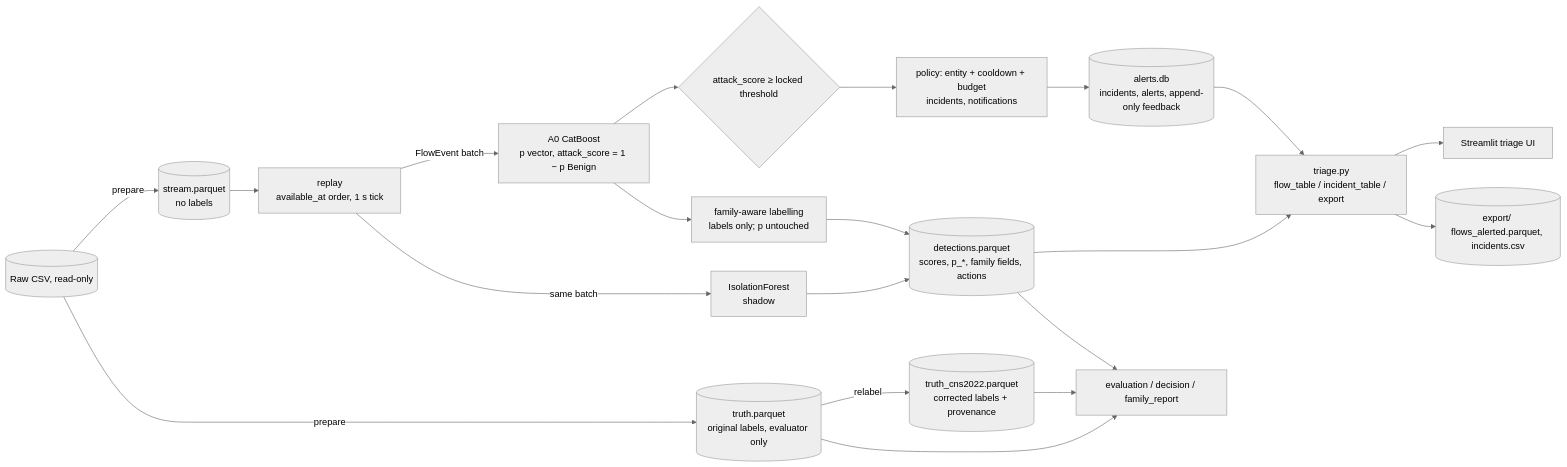
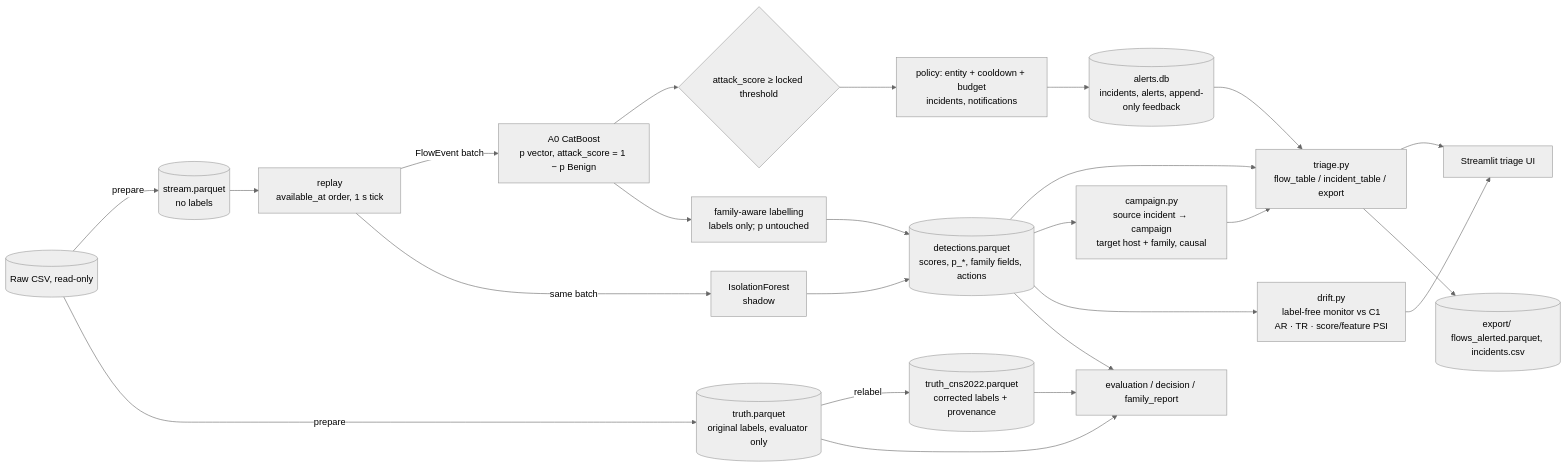
Before and after one commit to Akapi895/Netirava: the diagram in docs/ARCHITECTURE.md, drawn with Mermaid (neutral theme). The commit also changed other lines of this file and 12 other files, not shown here.

First line of the commit message:
Ops study: holdout H5-H9 results, GO decisions applied (campaign NO-GO -> experimental view; drift monitor indicator only; D1 = pilot_cns/s0)

````diff
--- a/docs/ARCHITECTURE.md
+++ b/docs/ARCHITECTURE.md
@@ -8,22 +8,26 @@
 ```mermaid
 flowchart LR
   CSV[(Raw CSV, read-only)] -->|prepare| S[(stream.parquet<br/>no labels)]
   CSV -->|prepare| T[(truth.parquet<br/>original labels, evaluator only)]
   T -->|relabel| TC[(truth_cns2022.parquet<br/>corrected labels + provenance)]
   S --> R[replay<br/>available_at order, 1 s tick]
   R -->|FlowEvent batch| A0[A0 CatBoost<br/>p vector, attack_score = 1 − p Benign]
   R -->|same batch| AN[IsolationForest<br/>shadow]
   A0 --> B{attack_score ≥ locked threshold}
   A0 --> FA[family-aware labelling<br/>labels only; p untouched]
   B --> P[policy: entity + cooldown + budget<br/>incidents, notifications]
   FA --> D[(detections.parquet<br/>scores, p_*, family fields, actions)]
   P --> DB[(alerts.db<br/>incidents, alerts, append-only feedback)]
   AN --> D
   D --> TR[triage.py<br/>flow_table / incident_table / export]
   DB --> TR
+  D --> CO[campaign.py<br/>source incident → campaign<br/>target host + family, causal]
+  CO --> TR
+  D --> DM[drift.py<br/>label-free monitor vs C1<br/>AR · TR · score/feature PSI]
+  DM --> UI
   TR --> UI[Streamlit triage UI]
   TR --> EX[(export/ flows_alerted.parquet, incidents.csv)]
   D --> EV[evaluation / decision / family_report]
   T --> EV
   TC --> EV
 ```
````
